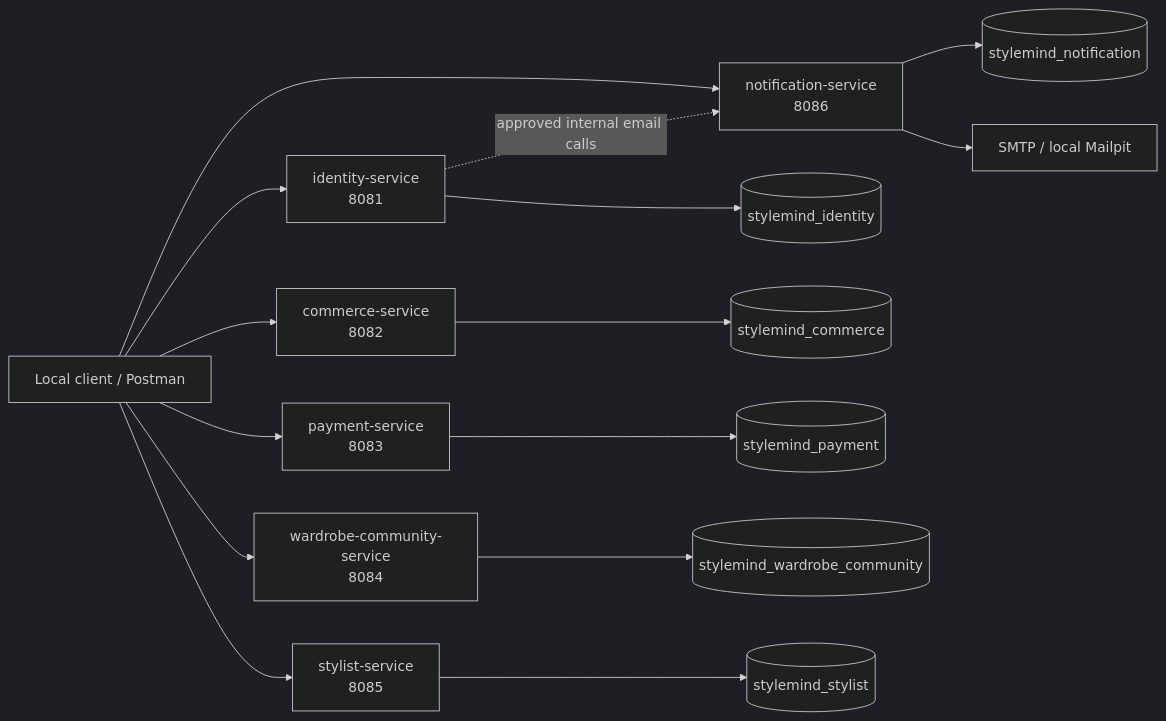
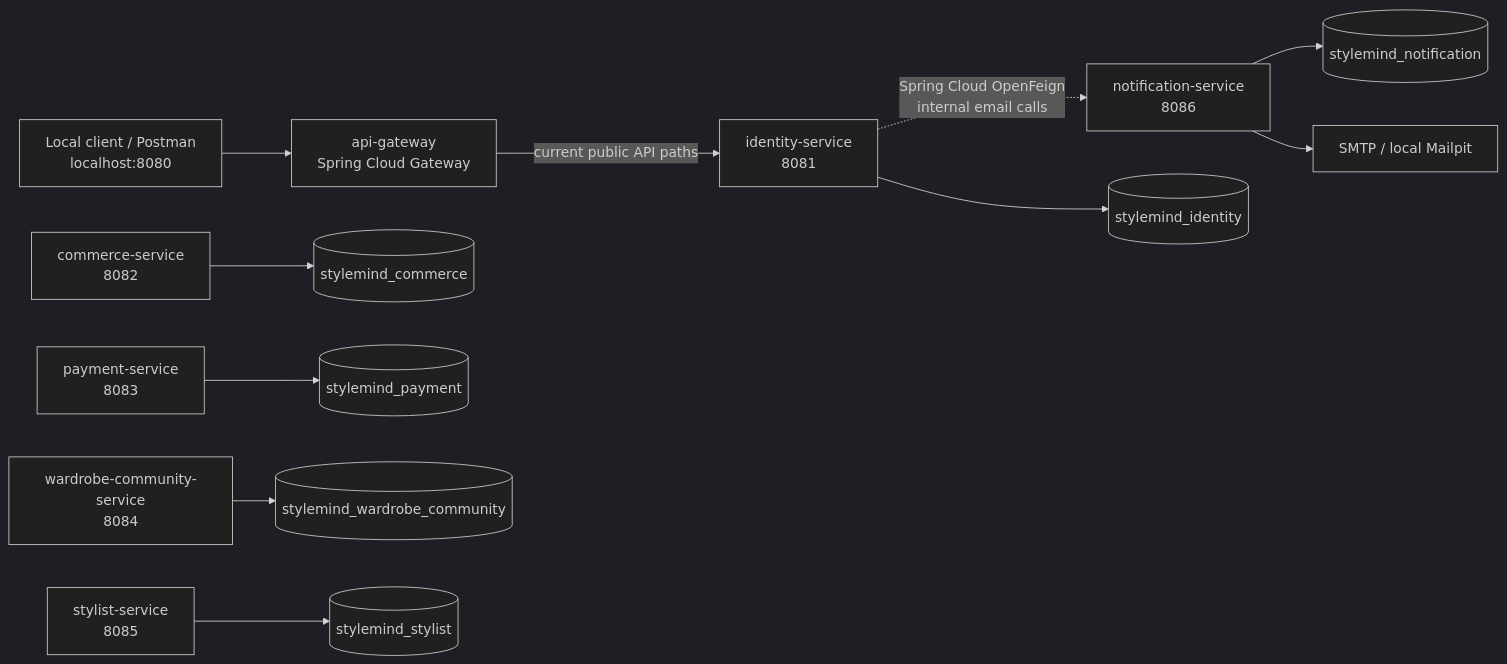
One commit to Phanquan1101/StyleMind_BE changed the diagram in docs/architecture/SERVICE_ARCHITECTURE_AND_LAYOUT.md. Above: the diagram before and after it, drawn with Mermaid (dark theme). The commit also changed other lines of this file and 251 other files, not shown here.

First line of the commit message:
feat(identity): finalize EP-02 structure, gateway and Feign integration

````diff
--- a/docs/architecture/SERVICE_ARCHITECTURE_AND_LAYOUT.md
+++ b/docs/architecture/SERVICE_ARCHITECTURE_AND_LAYOUT.md
@@ -11,32 +11,29 @@
 ```mermaid
 flowchart LR
-    Client[Local client / Postman]
+    Client[Local client / Postman<br/>localhost:8080]
+    Gateway[api-gateway<br/>Spring Cloud Gateway]
     Identity[identity-service<br/>8081]
     Commerce[commerce-service<br/>8082]
     Payment[payment-service<br/>8083]
     Wardrobe[wardrobe-community-service<br/>8084]
     Stylist[stylist-service<br/>8085]
     Notification[notification-service<br/>8086]
     DbI[(stylemind_identity)]
     DbC[(stylemind_commerce)]
     DbP[(stylemind_payment)]
     DbW[(stylemind_wardrobe_community)]
     DbS[(stylemind_stylist)]
     DbN[(stylemind_notification)]
     Mail[SMTP / local Mailpit]
 
-    Client --> Identity
-    Client --> Commerce
-    Client --> Payment
-    Client --> Wardrobe
-    Client --> Stylist
-    Client --> Notification
+    Client --> Gateway
+    Gateway -->|current public API paths| Identity
     Identity --> DbI
     Commerce --> DbC
     Payment --> DbP
     Wardrobe --> DbW
     Stylist --> DbS
     Notification --> DbN
-    Identity -. approved internal email calls .-> Notification
+    Identity -. Spring Cloud OpenFeign<br/>internal email calls .-> Notification
     Notification --> Mail
 ```
````
